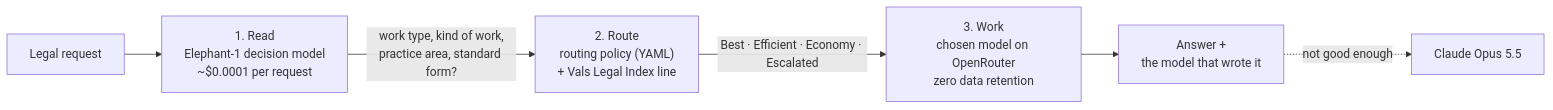
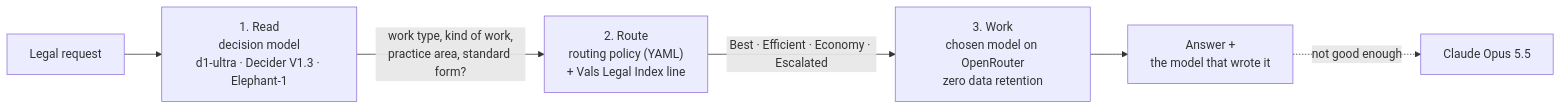
The diagram in README.md (onurkafk/legal-model-router), drawn with Mermaid before and after one commit. The commit also changed other lines of this file and 28 other files, not shown here.

Commit message:
Choose your decision model: d1-ultra (default), Decider V1.3 or Elephant-1

````diff
--- a/README.md
+++ b/README.md
@@ -62,8 +66,8 @@
 ```mermaid
 flowchart LR
-    Q["Legal request"] --> E["1. Read<br/>Elephant-1 decision model<br/>~$0.0001 per request"]
+    Q["Legal request"] --> E["1. Read<br/>decision model<br/>d1-ultra · Decider V1.3 · Elephant-1"]
     E -->|"work type, kind of work,<br/>practice area, standard form?"| R["2. Route<br/>routing policy (YAML)<br/>+ Vals Legal Index line"]
     R -->|"Best · Efficient · Economy · Escalated"| W["3. Work<br/>chosen model on OpenRouter<br/>zero data retention"]
     W --> A["Answer +<br/>the model that wrote it"]
     A -. "not good enough" .-> O["Claude Opus 5.5"]
 ```
````
